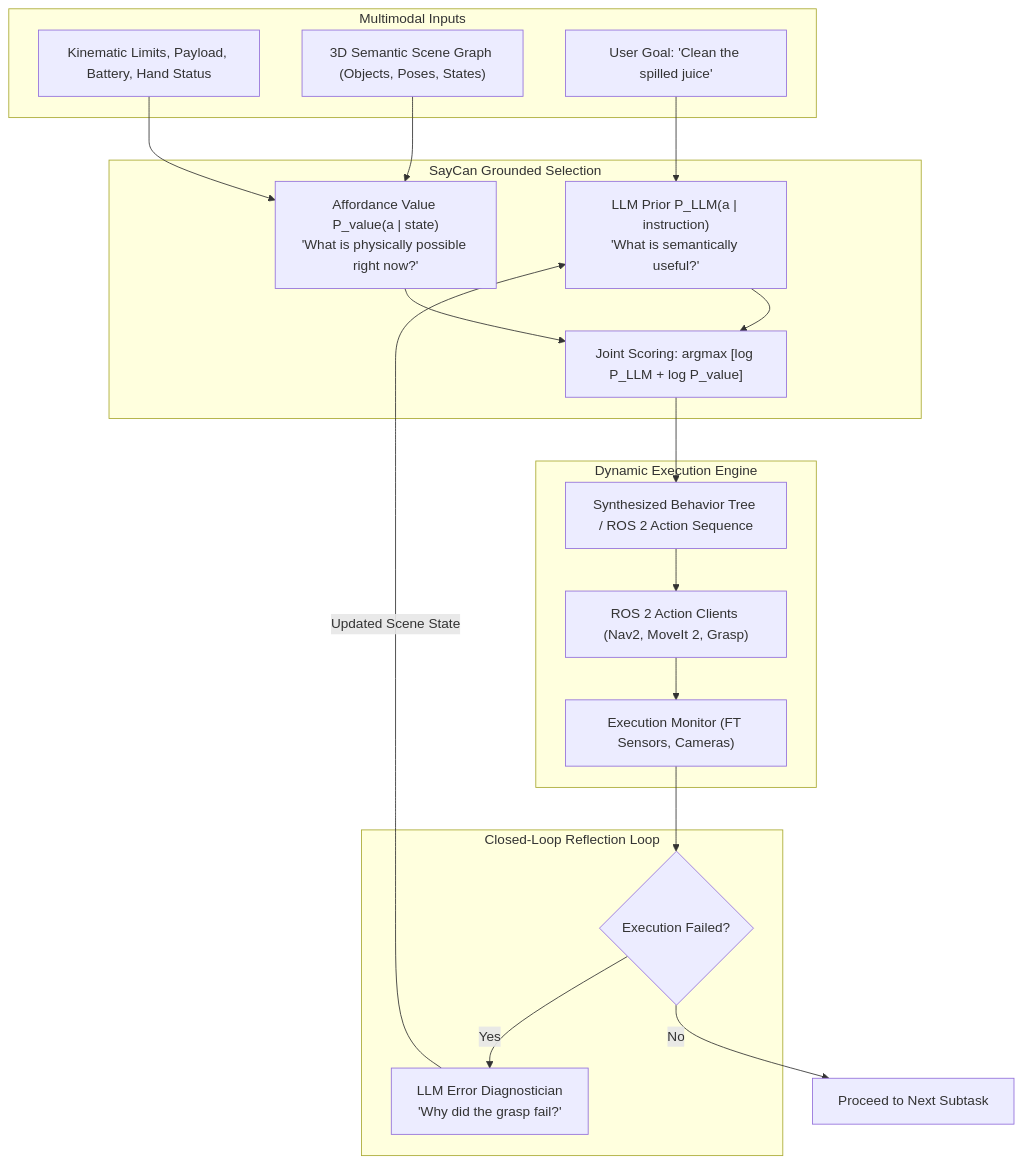
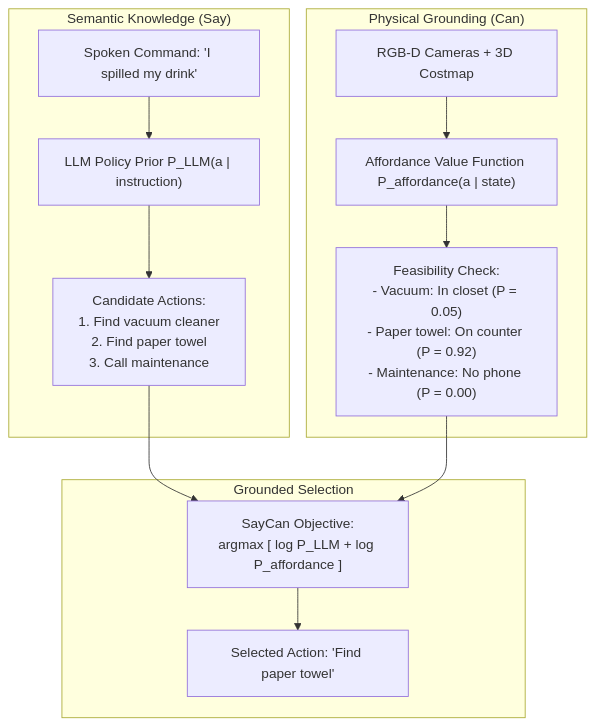
Before and after one commit to MudassirT/Physical-AI-Humanoid-Robotics: the first of 3 diagrams in ai-book-docs/module4-vla/4-3-cognitive-planning-with-llms.mdx, drawn with Mermaid. The commit also changed other lines of this file and 2 other files, not shown here.

Commit message:
docs(module4): expand VLA architectures, voice pipelines, and cognitive LLM planners

````diff
--- a/ai-book-docs/module4-vla/4-3-cognitive-planning-with-llms.mdx
+++ b/ai-book-docs/module4-vla/4-3-cognitive-planning-with-llms.mdx
@@ -24,38 +33,18 @@
 ```mermaid
 flowchart TD
-    subgraph Inputs ["Multimodal Inputs"]
-        UserGoal["User Goal: 'Clean the spilled juice'"]
-        SceneGraph["3D Semantic Scene Graph (Objects, Poses, States)"]
-        RobotState["Kinematic Limits, Payload, Battery, Hand Status"]
+    subgraph LanguageModel ["Semantic Knowledge (Say)"]
+        UserGoal["Spoken Command: 'I spilled my drink'"] --> LLM["LLM Policy Prior P_LLM(a | instruction)"]
+        LLM --> CandidateActions["Candidate Actions:<br/>1. Find vacuum cleaner<br/>2. Find paper towel<br/>3. Call maintenance"]
     end
 
-    subgraph SayCanEngine ["SayCan Grounded Selection"]
-        LLMSemantic["LLM Prior P_LLM(a | instruction)<br/>'What is semantically useful?'"]
-        AffordanceVal["Affordance Value P_value(a | state)<br/>'What is physically possible right now?'"]
-        Scorer["Joint Scoring: argmax [log P_LLM + log P_value]"]
+    subgraph AffordanceModel ["Physical Grounding (Can)"]
+        RobotSensors["RGB-D Cameras + 3D Costmap"] --> AffordanceEval["Affordance Value Function P_affordance(a | state)"]
+        AffordanceEval --> AffordanceScores["Feasibility Check:<br/>- Vacuum: In closet (P = 0.05)<br/>- Paper towel: On counter (P = 0.92)<br/>- Maintenance: No phone (P = 0.00)"]
     end
 
-    subgraph ExecutionTree ["Dynamic Execution Engine"]
-        BT["Synthesized Behavior Tree / ROS 2 Action Sequence"]
-        ActionServer["ROS 2 Action Clients (Nav2, MoveIt 2, Grasp)"]
-        ExecutionMonitor["Execution Monitor (FT Sensors, Cameras)"]
+    subgraph JointSelection ["Grounded Selection"]
+        CandidateActions --> JointScoring["SayCan Objective:<br/>argmax [ log P_LLM + log P_affordance ]"]
+        AffordanceScores --> JointScoring
+        JointScoring --> ExecutableStep["Selected Action: 'Find paper towel'"]
     end
-
-    subgraph ErrorReflection ["Closed-Loop Reflection Loop"]
-        FailureDetect{"Execution Failed?"}
-        ReflectionEngine["LLM Error Diagnostician<br/>'Why did the grasp fail?'"]
-    end
-
-    UserGoal --> LLMSemantic
-    SceneGraph --> AffordanceVal
-    RobotState --> AffordanceVal
-    LLMSemantic --> Scorer
-    AffordanceVal --> Scorer
-    Scorer --> BT
-    BT --> ActionServer
-    ActionServer --> ExecutionMonitor
-    ExecutionMonitor --> FailureDetect
-    FailureDetect -- Yes --> ReflectionEngine
-    ReflectionEngine -->|Updated Scene State| LLMSemantic
-    FailureDetect -- No --> NextAction["Proceed to Next Subtask"]
 ```
````
